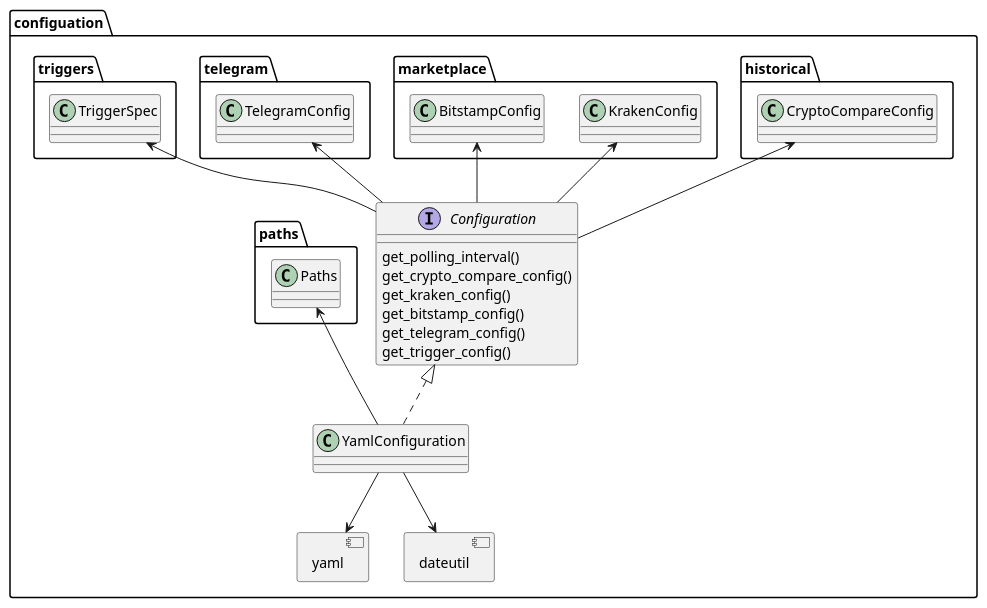
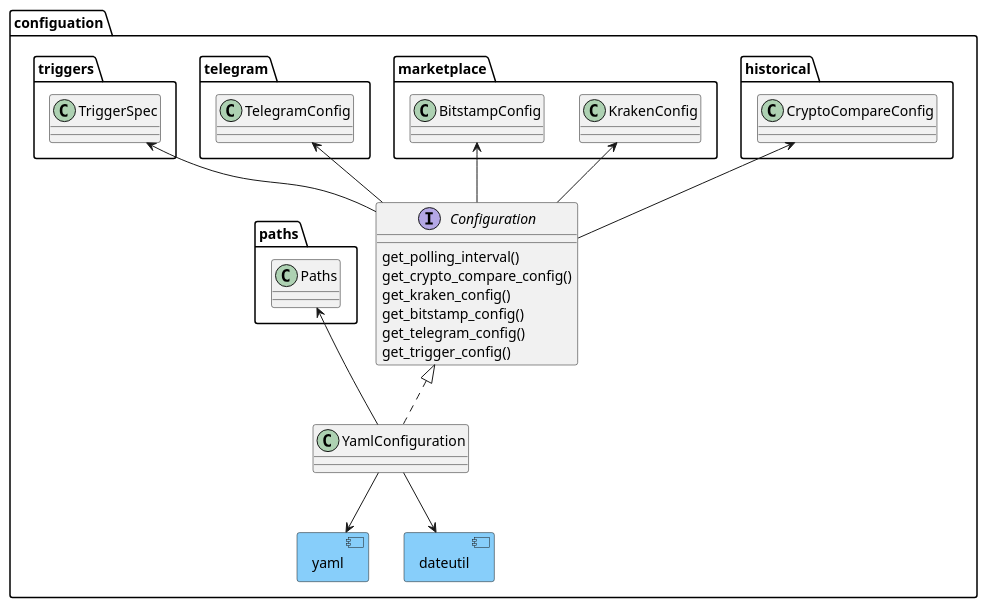
Before and after one commit to martin-ueding/vigilant-crypto-snatch: the diagram in docs/dev/graphs/configuration.puml, drawn with PlantUML. The commit also changed 6 other files, not shown here.

Commit message:
Add graph with components

```diff
--- a/docs/dev/graphs/configuration.puml
+++ b/docs/dev/graphs/configuration.puml
@@ -1,36 +1,36 @@
 @startuml
 
 allowmixing
 
 namespace configuation {
-component yaml
-component dateutil
+component yaml #lightskyblue
+component dateutil #lightskyblue
 
 interface Configuration {
     get_polling_interval()
     get_crypto_compare_config()
     get_kraken_config()
     get_bitstamp_config()
     get_telegram_config()
     get_trigger_config()
 }
 
 class YamlConfiguration implements Configuration
 
 historical.CryptoCompareConfig <-- Configuration
 marketplace.KrakenConfig <-- Configuration
 marketplace.BitstampConfig <-- Configuration
 telegram.TelegramConfig <-- Configuration
 triggers.TriggerSpec <-- Configuration
 
 YamlConfiguration --> dateutil
 YamlConfiguration --> yaml
 
 
 paths.Paths <-- YamlConfiguration
 
 }
 
 
 
 @enduml
```
